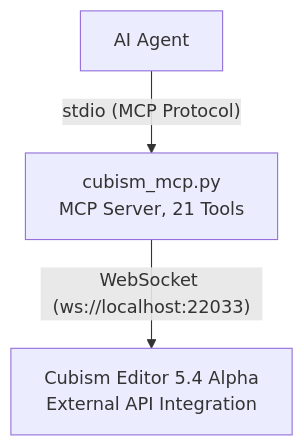
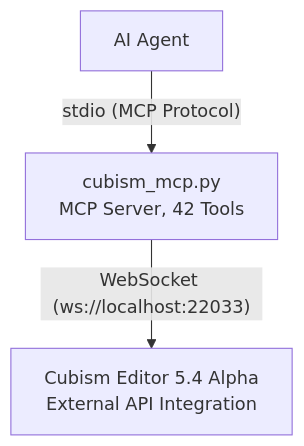
The diagram in i18n/README_EN.md (nana7chi/CubismExternalEditMCP), drawn with Mermaid before and after one commit. The commit also changed 5 other files, not shown here.

````diff
--- a/i18n/README_EN.md
+++ b/i18n/README_EN.md
@@ -20,9 +20,9 @@
 ```mermaid
 graph TD
     AI["AI Agent"]
-    MCP["cubism_mcp.py<br/>MCP Server, 21 Tools"]
+    MCP["cubism_mcp.py<br/>MCP Server, 42 Tools"]
     Editor["Cubism Editor 5.4 Alpha<br/>External API Integration"]
 
     AI -->|"stdio (MCP Protocol)"| MCP
     MCP -->|"WebSocket (ws://localhost:22033)"| Editor
 ```
````
